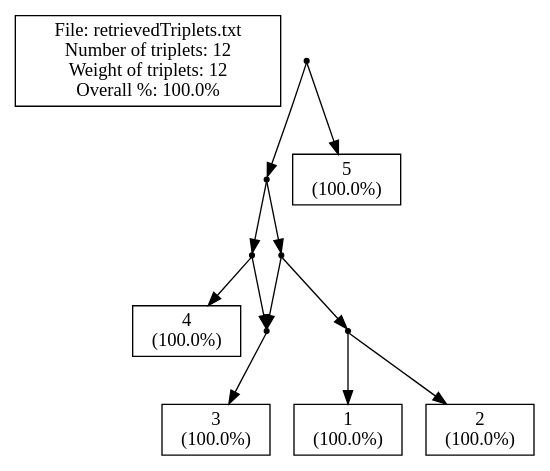
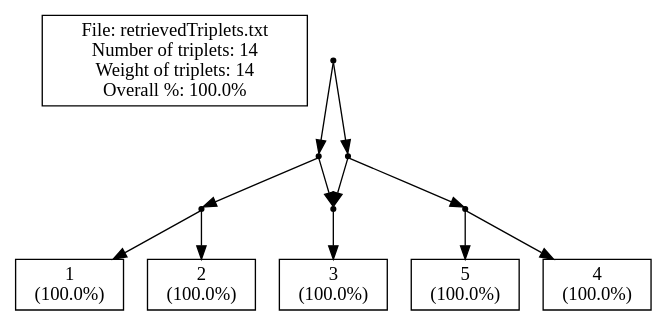
One commit to iharnoor/PhylogeneticsWebsite changed the diagram in ParsingTxt/Launcher/cExample1_m.dot. Above: the diagram before and after it, drawn with Graphviz. The commit also changed 7 other files, not shown here.

Commit message:
minor d3 regex changes to make graph colorful

```diff
--- a/ParsingTxt/Launcher/cExample1_m.dot
+++ b/ParsingTxt/Launcher/cExample1_m.dot
@@ -1,51 +1,51 @@
 // LEV1ATHAN Version 1.0, 21 september 2009
 // COMMENT: Pre-processing the input file to count the leaves
 // COMMENT: Pre-processing showed that there are 5 leaves in the input.
 // SUMMARY: Input had 5 leaves.
 // USER-SETTING: Will *not* post-process output to collapse edges.
 // COMMENT: Triplet set is already dense.
-// SUMMARY: There are 12 triplets in the input.
-// SUMMARY: Total weight of input triplets is 12.
+// SUMMARY: There are 14 triplets in the input.
+// SUMMARY: Total weight of input triplets is 14.
 // COMMENT: We achieved non-trivial local perfection.
 // SUMMARY: (Before post-processing)
-// SUMMARY: We got 12 units of triplet weight, that's 100.0% of total weight.
+// SUMMARY: We got 14 units of triplet weight, that's 100.0% of total weight.
 // SUMMARY: In total 0 units of triplet weight were -not- consistent with the ouput network.
 // SUMMARY: Output network contained 0 triplets -not- in the original input.
 // SUMMARY: The symmetric difference is thus 0 + (1 * 0) = 0
 // SUMMARY: (After post-processing)
 strict digraph G1 {
 edge [fontsize=8]
-labelbox [shape=box, width=0.4, label="File: retrievedTriplets.txt\nNumber of triplets: 12\nWeight of triplets: 12\nOverall %: 100.0%"];
+labelbox [shape=box, width=0.4, label="File: retrievedTriplets.txt\nNumber of triplets: 14\nWeight of triplets: 14\nOverall %: 100.0%"];
 internal1000 [shape=point];
 internal1001 [shape=point];
 internal1002 [shape=point];
-internal1003 [shape=point];
 3 [shape=box, width=0.3, label="3\n(100.0%)"];
-4 [shape=box, width=0.3, label="4\n(100.0%)"];
-internal1006 [shape=point];
-internal1007 [shape=point];
+internal1004 [shape=point];
 1 [shape=box, width=0.3, label="1\n(100.0%)"];
 2 [shape=box, width=0.3, label="2\n(100.0%)"];
+internal1007 [shape=point];
+internal1008 [shape=point];
+4 [shape=box, width=0.3, label="4\n(100.0%)"];
 5 [shape=box, width=0.3, label="5\n(100.0%)"];
 internal1000 -> internal1001
-internal1000 -> 5
+internal1000 -> internal1007
 internal1001 -> internal1002
-internal1001 -> internal1006
-internal1002 -> internal1003
-internal1002 -> 4
-internal1003 -> 3
-internal1006 -> internal1007
-internal1006 -> internal1003
-internal1007 -> 1
-internal1007 -> 2
-internal1003 -> 3
+internal1001 -> internal1004
+internal1002 -> 3
+internal1004 -> 1
+internal1004 -> 2
+internal1007 -> internal1008
+internal1007 -> internal1002
+internal1008 -> 4
+internal1008 -> 5
+internal1002 -> 3
 }
-// SUMMARY: eNewick output: ((((3)#H1,4),((1,2),#H1)),5);
+// SUMMARY: eNewick output: (((3)#H1,(1,2)),((4,5),#H1));
 // SUMMARY: In total 0 units of triplet weight were -not- consistent with the ouput network.
 // SUMMARY: Output network contained 0 triplets -not- in the original input.
 // SUMMARY: Weight of missing triplets before contraction minus weight of missing triplets afterwards: 0
 // SUMMARY: Number of surplus triplets before contraction minus number of surplus triplets afterwards: 0
-// CONCLUSION: After post-processing we got 12 units of triplet weight, that's 100.0% of total weight (before post-processing this was 100.0%).
+// CONCLUSION: After post-processing we got 14 units of triplet weight, that's 100.0% of total weight (before post-processing this was 100.0%).
 // CONCLUSION: After post-processing the symmetric difference is thus 0 + (1 * 0) = 0 (before post-processing this was 0)
 // STAT: PERCENTAGE = 100.0
 // STAT: NETWORK-TRIPLET SD = 0
```
